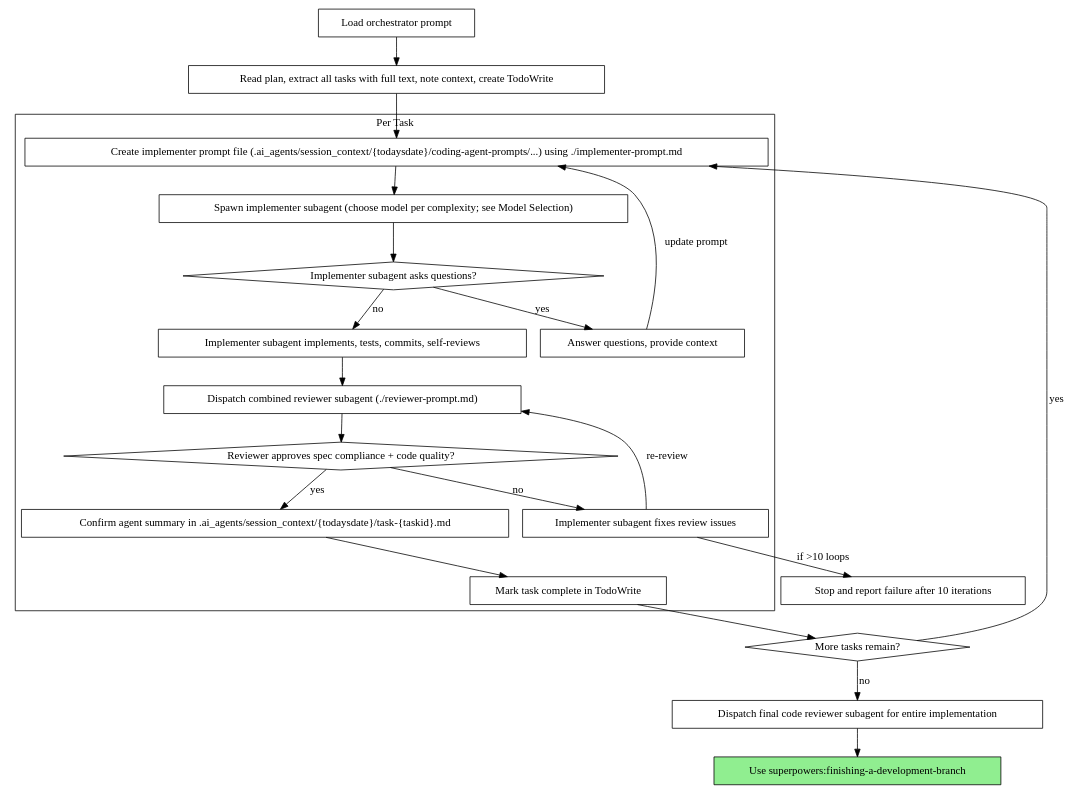
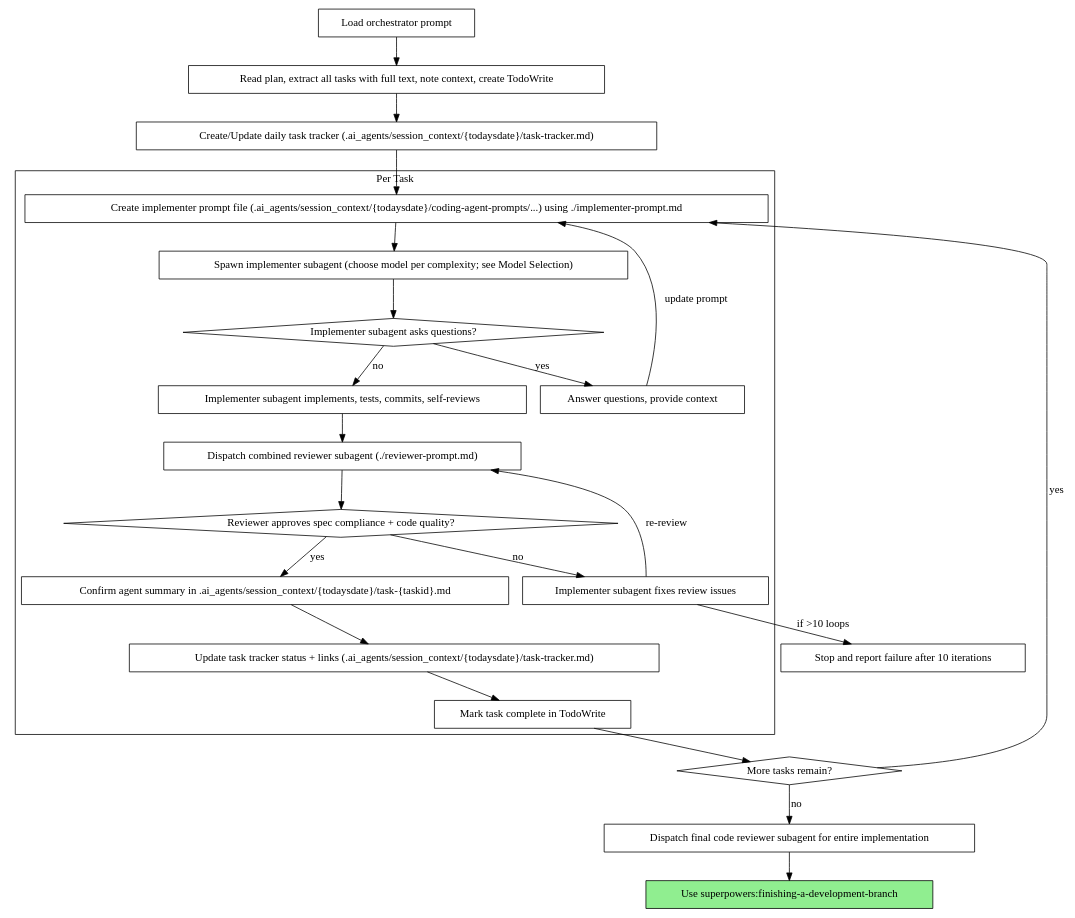
The second of 2 diagrams in .ai_agents/skills/subagent-driven-development/references/dot-graphs.md (BumpyClock/dotfiles), drawn with Graphviz before and after one commit. The commit also changed 11 other files, not shown here.

````diff
--- a/.ai_agents/skills/subagent-driven-development/references/dot-graphs.md
+++ b/.ai_agents/skills/subagent-driven-development/references/dot-graphs.md
@@ -27,45 +27,49 @@
 ```dot
 digraph process {
     rankdir=TB;
 
     subgraph cluster_per_task {
         label="Per Task";
         "Create implementer prompt file (.ai_agents/session_context/{todaysdate}/coding-agent-prompts/...) using ./implementer-prompt.md" [shape=box];
         "Spawn implementer subagent (choose model per complexity; see Model Selection)" [shape=box];
         "Implementer subagent asks questions?" [shape=diamond];
         "Answer questions, provide context" [shape=box];
         "Implementer subagent implements, tests, commits, self-reviews" [shape=box];
         "Dispatch combined reviewer subagent (./reviewer-prompt.md)" [shape=box];
         "Reviewer approves spec compliance + code quality?" [shape=diamond];
         "Implementer subagent fixes review issues" [shape=box];
         "Confirm agent summary in .ai_agents/session_context/{todaysdate}/task-{taskid}.md" [shape=box];
+        "Update task tracker status + links (.ai_agents/session_context/{todaysdate}/task-tracker.md)" [shape=box];
         "Mark task complete in TodoWrite" [shape=box];
     }
 
     "Load orchestrator prompt" [shape=box];
     "Read plan, extract all tasks with full text, note context, create TodoWrite" [shape=box];
+    "Create/Update daily task tracker (.ai_agents/session_context/{todaysdate}/task-tracker.md)" [shape=box];
     "More tasks remain?" [shape=diamond];
     "Stop and report failure after 10 iterations" [shape=box];
     "Dispatch final code reviewer subagent for entire implementation" [shape=box];
     "Use superpowers:finishing-a-development-branch" [shape=box style=filled fillcolor=lightgreen];
 
     "Load orchestrator prompt" -> "Read plan, extract all tasks with full text, note context, create TodoWrite";
-    "Read plan, extract all tasks with full text, note context, create TodoWrite" -> "Create implementer prompt file (.ai_agents/session_context/{todaysdate}/coding-agent-prompts/...) using ./implementer-prompt.md";
+    "Read plan, extract all tasks with full text, note context, create TodoWrite" -> "Create/Update daily task tracker (.ai_agents/session_context/{todaysdate}/task-tracker.md)";
+    "Create/Update daily task tracker (.ai_agents/session_context/{todaysdate}/task-tracker.md)" -> "Create implementer prompt file (.ai_agents/session_context/{todaysdate}/coding-agent-prompts/...) using ./implementer-prompt.md";
     "Create implementer prompt file (.ai_agents/session_context/{todaysdate}/coding-agent-prompts/...) using ./implementer-prompt.md" -> "Spawn implementer subagent (choose model per complexity; see Model Selection)";
     "Spawn implementer subagent (choose model per complexity; see Model Selection)" -> "Implementer subagent asks questions?";
     "Implementer subagent asks questions?" -> "Answer questions, provide context" [label="yes"];
     "Answer questions, provide context" -> "Create implementer prompt file (.ai_agents/session_context/{todaysdate}/coding-agent-prompts/...) using ./implementer-prompt.md" [label="update prompt"];
     "Implementer subagent asks questions?" -> "Implementer subagent implements, tests, commits, self-reviews" [label="no"];
     "Implementer subagent implements, tests, commits, self-reviews" -> "Dispatch combined reviewer subagent (./reviewer-prompt.md)";
     "Dispatch combined reviewer subagent (./reviewer-prompt.md)" -> "Reviewer approves spec compliance + code quality?";
     "Reviewer approves spec compliance + code quality?" -> "Implementer subagent fixes review issues" [label="no"];
     "Implementer subagent fixes review issues" -> "Dispatch combined reviewer subagent (./reviewer-prompt.md)" [label="re-review"];
     "Implementer subagent fixes review issues" -> "Stop and report failure after 10 iterations" [label="if >10 loops"];
     "Reviewer approves spec compliance + code quality?" -> "Confirm agent summary in .ai_agents/session_context/{todaysdate}/task-{taskid}.md" [label="yes"];
-    "Confirm agent summary in .ai_agents/session_context/{todaysdate}/task-{taskid}.md" -> "Mark task complete in TodoWrite";
+    "Confirm agent summary in .ai_agents/session_context/{todaysdate}/task-{taskid}.md" -> "Update task tracker status + links (.ai_agents/session_context/{todaysdate}/task-tracker.md)";
+    "Update task tracker status + links (.ai_agents/session_context/{todaysdate}/task-tracker.md)" -> "Mark task complete in TodoWrite";
     "Mark task complete in TodoWrite" -> "More tasks remain?";
     "More tasks remain?" -> "Create implementer prompt file (.ai_agents/session_context/{todaysdate}/coding-agent-prompts/...) using ./implementer-prompt.md" [label="yes"];
     "More tasks remain?" -> "Dispatch final code reviewer subagent for entire implementation" [label="no"];
     "Dispatch final code reviewer subagent for entire implementation" -> "Use superpowers:finishing-a-development-branch";
 }
 ```
````
